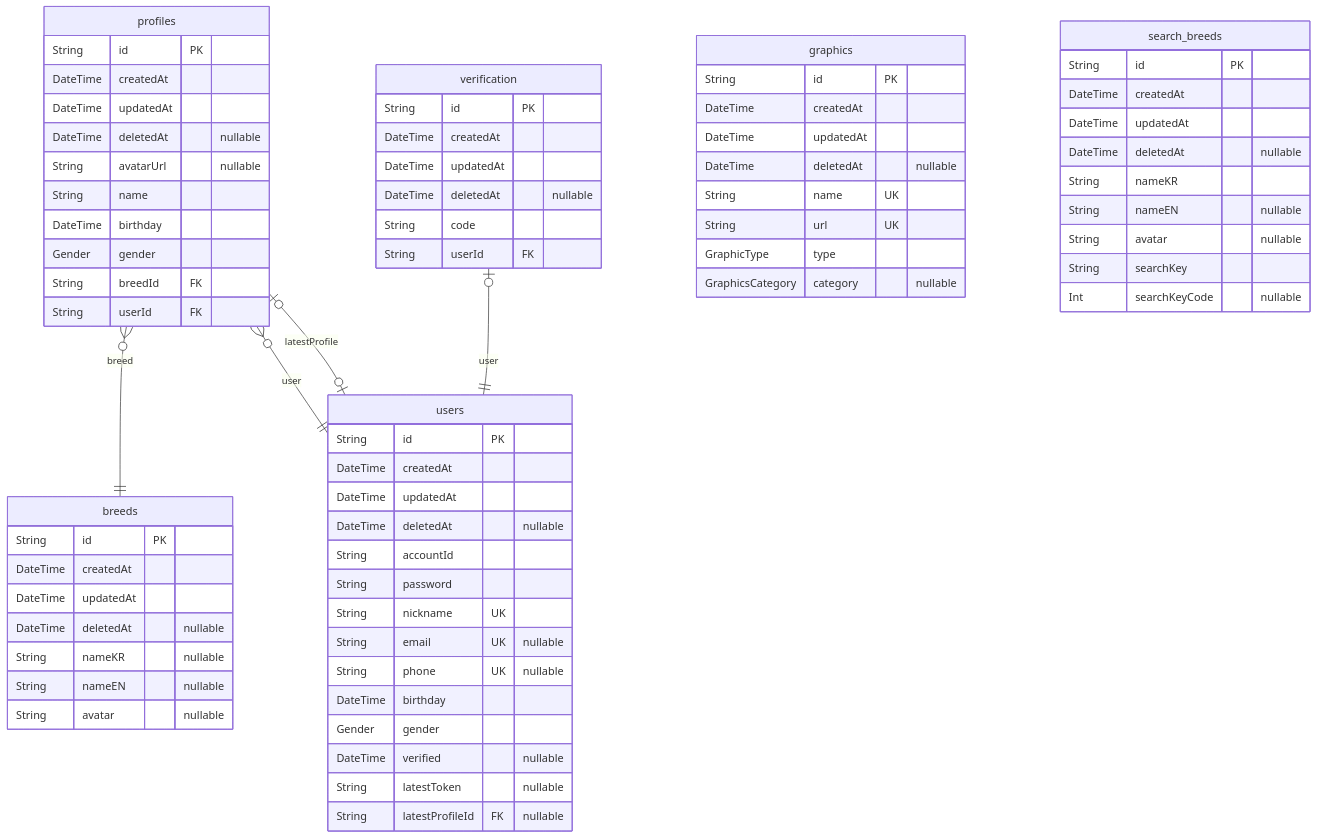
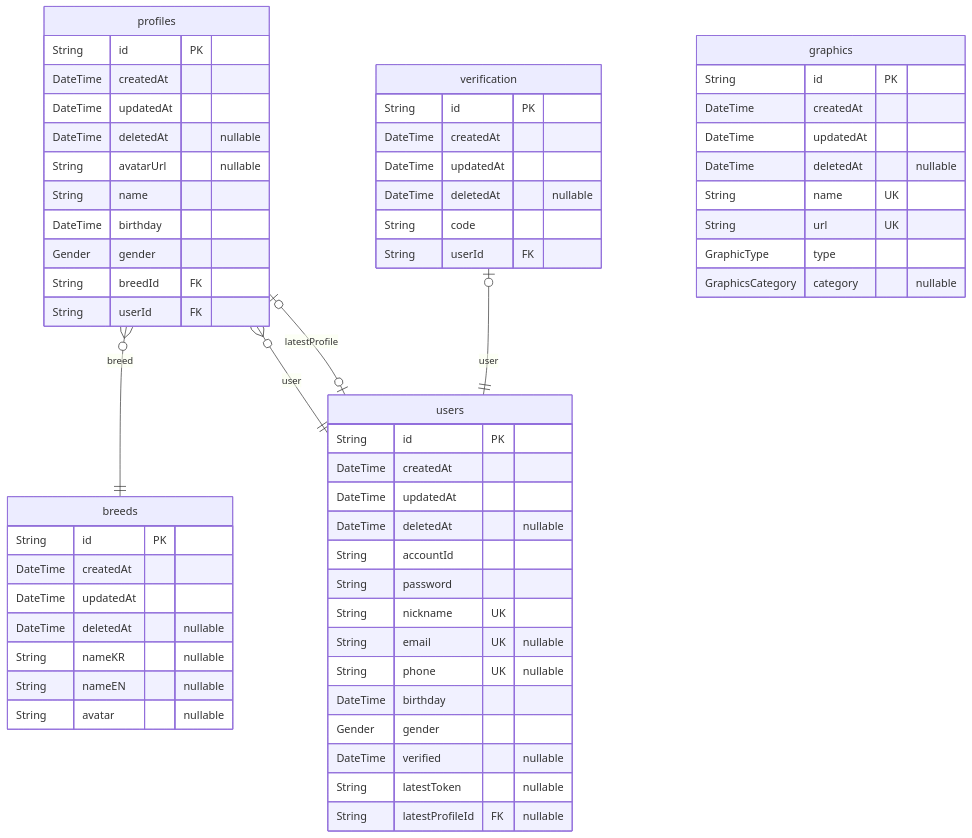
One commit to Medici-Mansion/poop-backend changed the diagram in prisma/ERD.md. Above: the diagram before and after it, drawn with Mermaid. The commit also changed other lines of this file and 4 other files, not shown here.

````diff
--- a/prisma/ERD.md
+++ b/prisma/ERD.md
@@ -7,73 +7,62 @@
 ```mermaid
 erDiagram
 "breeds" {
   String id PK
   DateTime createdAt
   DateTime updatedAt
   DateTime deletedAt "nullable"
   String nameKR "nullable"
   String nameEN "nullable"
   String avatar "nullable"
 }
 "profiles" {
   String id PK
   DateTime createdAt
   DateTime updatedAt
   DateTime deletedAt "nullable"
   String avatarUrl "nullable"
   String name
   DateTime birthday
   Gender gender
   String breedId FK
   String userId FK
 }
 "users" {
   String id PK
   DateTime createdAt
   DateTime updatedAt
   DateTime deletedAt "nullable"
   String accountId
   String password
   String nickname UK
   String email UK "nullable"
   String phone UK "nullable"
   DateTime birthday
   Gender gender
   DateTime verified "nullable"
   String latestToken "nullable"
   String latestProfileId FK "nullable"
 }
 "verification" {
   String id PK
   DateTime createdAt
   DateTime updatedAt
   DateTime deletedAt "nullable"
   String code
   String userId FK
 }
 "graphics" {
   String id PK
   DateTime createdAt
   DateTime updatedAt
   DateTime deletedAt "nullable"
   String name UK
   String url UK
   GraphicType type
   GraphicsCategory category "nullable"
 }
-"search_breeds" {
-  String id PK
-  DateTime createdAt
-  DateTime updatedAt
-  DateTime deletedAt "nullable"
-  String nameKR
-  String nameEN "nullable"
-  String avatar "nullable"
-  String searchKey
-  Int searchKeyCode "nullable"
-}
 "profiles" }o--|| "breeds" : breed
 "profiles" }o--|| "users" : user
 "users" |o--o| "profiles" : latestProfile
 "verification" |o--|| "users" : user
 ```
````
